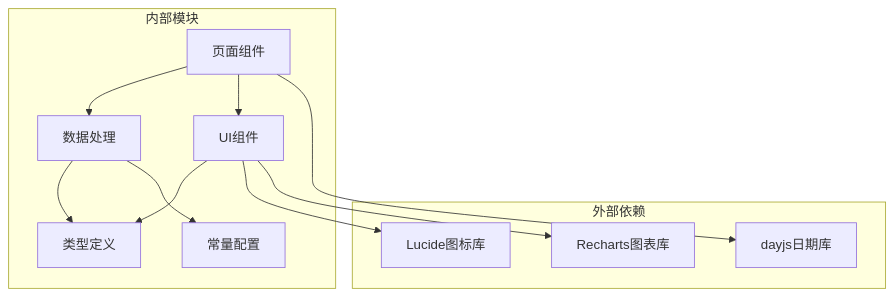
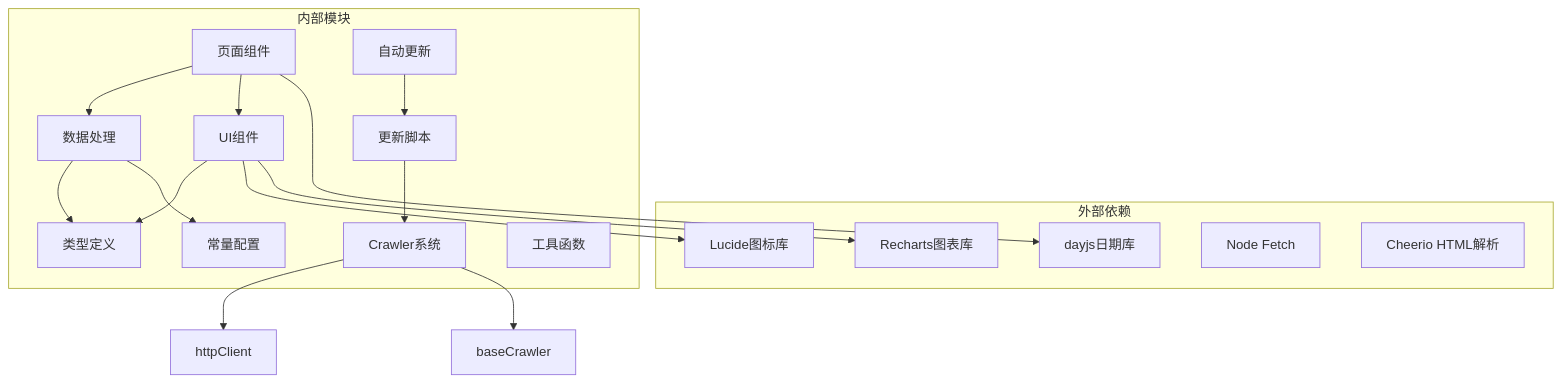
One commit to liangxuanliang-cmd/carbon-info-agent changed diagram 11 of 11 in .qoder/repowiki/zh/content/数据管理/价格数据管理.md. Above: the diagram before and after it, drawn with Mermaid. The commit also changed other lines of this file and 6 other files, not shown here.

````diff
--- a/.qoder/repowiki/zh/content/数据管理/价格数据管理.md
+++ b/.qoder/repowiki/zh/content/数据管理/价格数据管理.md
@@ -332,23 +531,33 @@
 ```mermaid
 graph TB
 subgraph "外部依赖"
 dayjs[dayjs日期库]
 recharts[Recharts图表库]
 lucide[Lucide图标库]
+node-fetch[Node Fetch]
+cheerio[Cheerio HTML解析]
 end
 subgraph "内部模块"
 types[类型定义]
 constants[常量配置]
 data[数据处理]
 components[UI组件]
 sections[页面组件]
+crawler[Crawler系统]
+utils[工具函数]
+updateScripts[更新脚本]
+autoUpdate[自动更新]
 end
 data --> types
 data --> constants
 sections --> data
 sections --> components
 components --> types
 components --> lucide
 sections --> dayjs
 components --> recharts
+crawler --> httpClient
+crawler --> baseCrawler
+updateScripts --> crawler
+autoUpdate --> updateScripts
 ```
````
